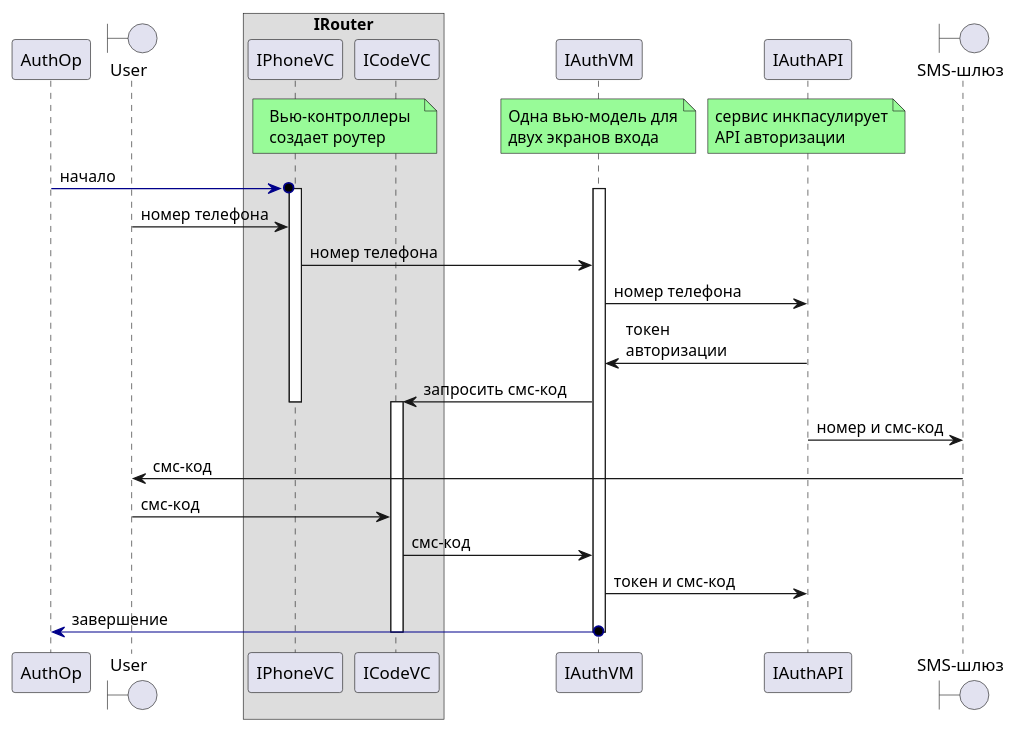
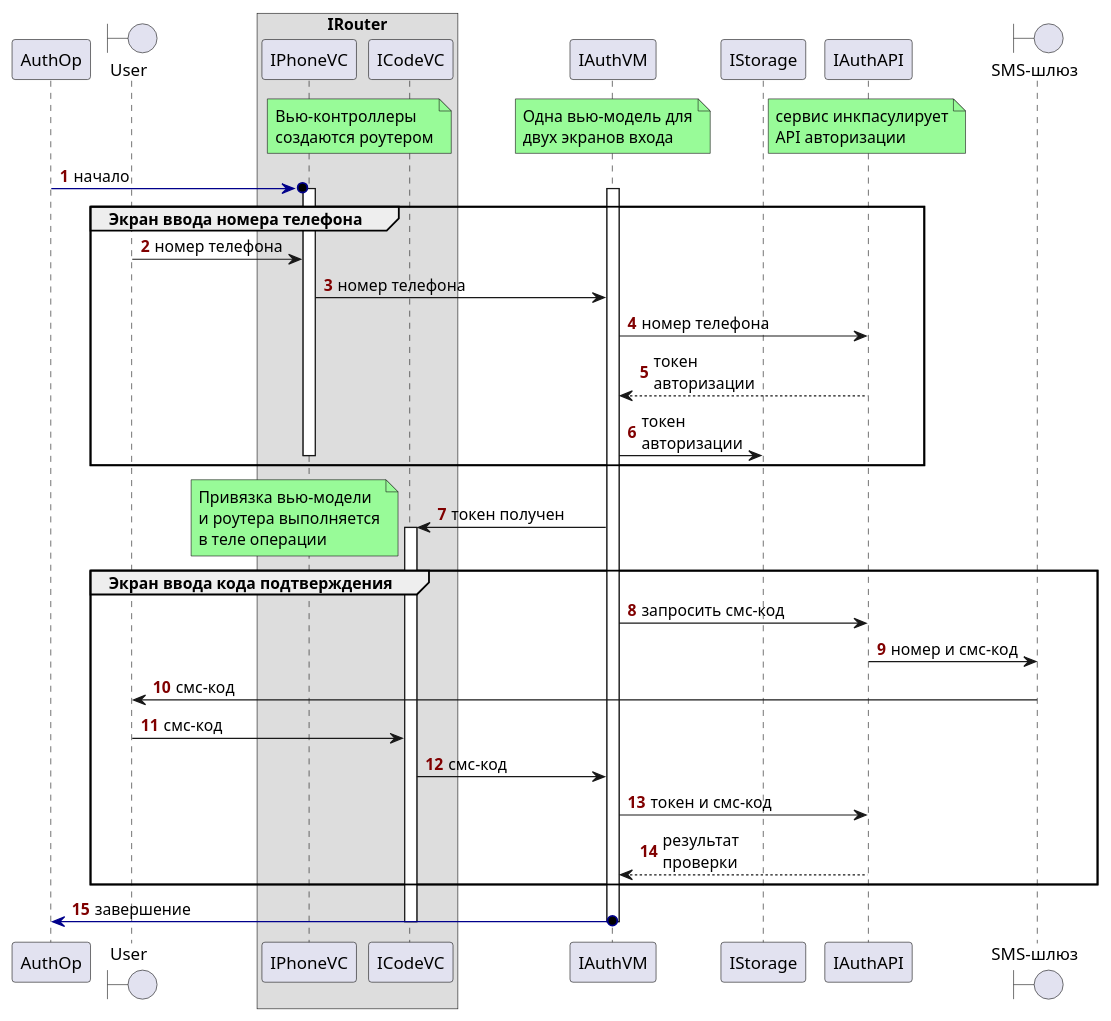
The diagram in site/content/ru/docs/manual/operation/auth_op.puml (dubovoy-pro/ross-manual), drawn with PlantUML before and after one commit. The commit also changed 11 other files, not shown here.

```diff
--- a/site/content/ru/docs/manual/operation/auth_op.puml
+++ b/site/content/ru/docs/manual/operation/auth_op.puml
@@ -1,37 +1,47 @@
 @startuml auth_op
 skinparam maxMessageSize 120
+autonumber "<font color=Maroon><b>"
 
-participant "AuthOp" as authOp
-boundary "User" as user
+participant "AuthOp" as authOp order 10
+boundary "User" as user order 20
 box "IRouter"
-participant "IPhoneVС" as phoneVС
-participant "ICodeVС" as codeVC
+participant "IPhoneVС" as phoneVС order 30
+participant "ICodeVС" as codeVC order 40
 end box
-participant "IAuthVM" as authVM
-participant "IAuthAPI" as authApi
-boundary "SMS-шлюз" as smsGate
+participant "IAuthVM" as authVM order 50
+participant "IStorage" as storage order 60
+participant "IAuthAPI" as authApi order 70
+boundary "SMS-шлюз" as smsGate order 80
 
-note over phoneVС, codeVC #PaleGreen: Вью-контроллеры\nсоздает роутер
+note over phoneVС, codeVC #PaleGreen: Вью-контроллеры\nсоздаются роутером
 / note over authVM #PaleGreen: Одна вью-модель для\nдвух экранов входа
 / note over authApi #PaleGreen: сервис инкпасулирует\nAPI авторизации
 
 authOp-[#DarkBlue]>o phoneVС: начало
 activate authVM
 activate phoneVС
+group Экран ввода номера телефона
 user -> phoneVС: номер телефона
 phoneVС -> authVM: номер телефона
 authVM -> authApi: номер телефона
-authVM <- authApi: токен авторизации
-authVM -> codeVC: запросить смс-код
+authVM <--- authApi: токен авторизации
+authVM -> storage: токен авторизации
 deactivate phoneVС
+end
+authVM -> codeVC: токен получен
+note left #PaleGreen: Привязка вью-модели\nи роутера выполняется\nв теле операции
+group Экран ввода кода подтверждения
 activate codeVC
+authVM -> authApi: запросить смс-код
 authApi -> smsGate: номер и смс-код
 smsGate -> user: смс-код
 user -> codeVC: смс-код
 codeVC -> authVM: смс-код
 authVM -> authApi: токен и смс-код
+authVM <--- authApi: результат проверки
+end
 authOp<[#DarkBlue]-o authVM: завершение
 deactivate authVM
 deactivate codeVC
 
 @enduml
```
